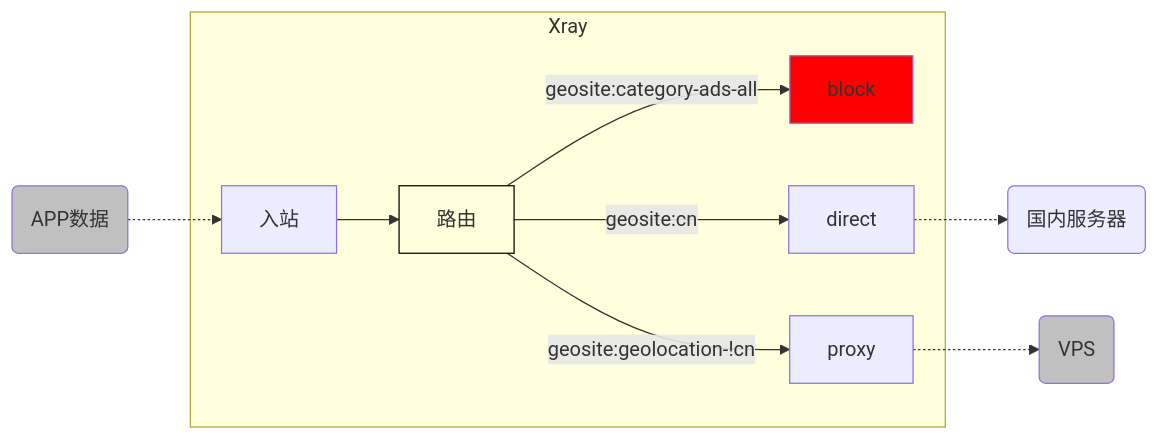
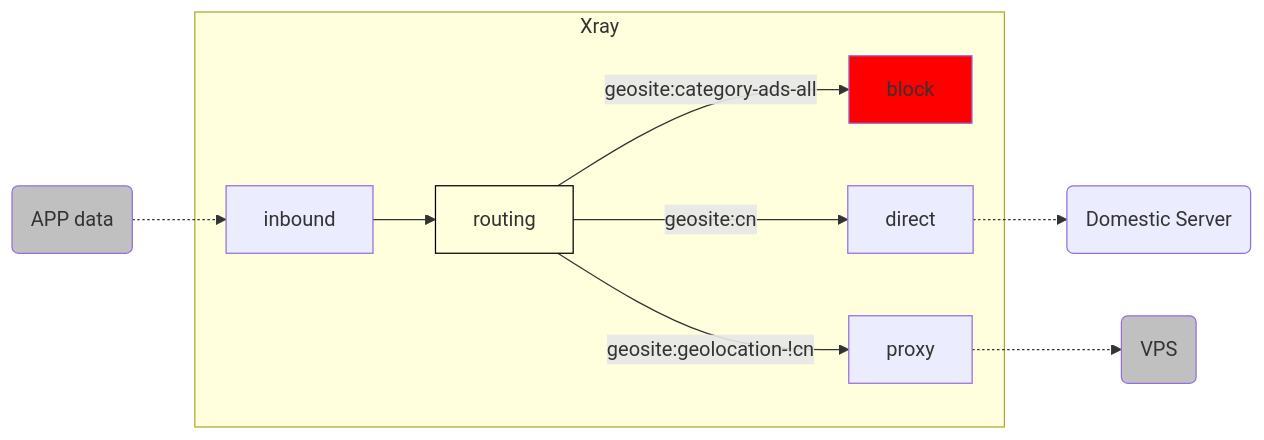
Before and after one commit to XTLS/Xray-docs-next: the second of 4 diagrams in docs/en/document/level-1/routing-lv1-part1.md, drawn with Mermaid. The commit also changed other lines of this file, not shown here.

````diff
--- a/docs/en/document/level-1/routing-lv1-part1.md
+++ b/docs/en/document/level-1/routing-lv1-part1.md
@@ -166,25 +166,25 @@
 ```mermaid
     graph LR;
 
-    S(APP数据) .-> I[入站]
+    S(APP data) .-> I[inbound]
 
     subgraph Xray
-    I --> R[路由] -- "geosite:category-ads-all" --> O1[block]
-    R[路由] -- "geosite:cn" --> O2[direct]
-    R[路由] -- "geosite:geolocation-!cn" --> O3[proxy]
+    I --> R[routing] -- "geosite:category-ads-all" --> O1[block]
+    R[routing] -- "geosite:cn" --> O2[direct]
+    R[routing] -- "geosite:geolocation-!cn" --> O3[proxy]
 
     end
 
-    O2 .-> D(国内服务器)
+    O2 .-> D(Domestic Server)
     O3 .-> V(VPS)
 
     O1:::redclass
     V:::greyclass
     S:::greyclass
     R:::routingclass
 
     classDef redclass fill:#FF0000
     classDef greyclass fill:#C0C0C0
     classDef routingclass fill:#FFFFDE,stroke:#000000
 
 ```
````
